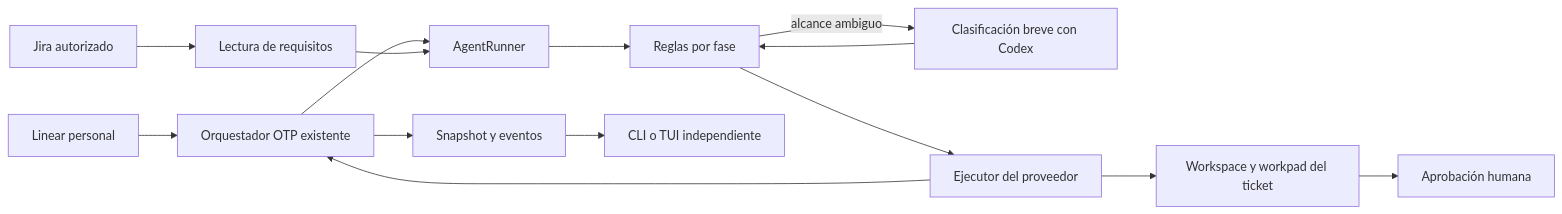
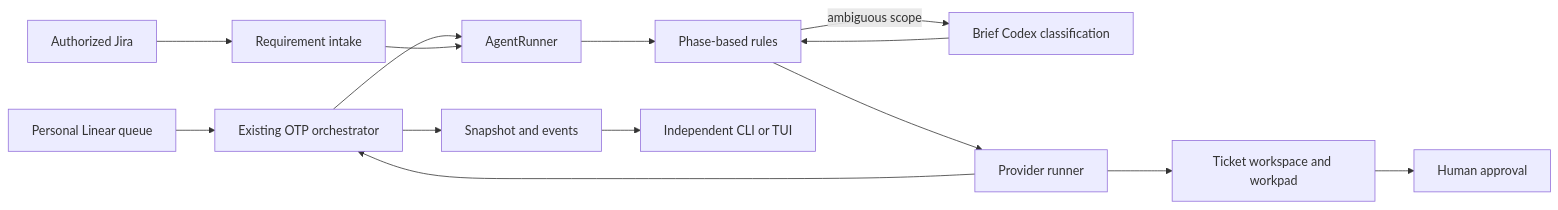
The diagram in docs/personal-symphony-design.md (mauricio-pajes/symphony), drawn with Mermaid before and after one commit. The commit also changed other lines of this file and 2 other files, not shown here.

First line of the commit message:
docs: write the personal Symphony design and ADRs in English

````diff
--- a/docs/personal-symphony-design.md
+++ b/docs/personal-symphony-design.md
@@ -57,16 +57,16 @@
 ```mermaid
 flowchart LR
-  L[Linear personal] --> O[Orquestador OTP existente]
+  L[Personal Linear queue] --> O[Existing OTP orchestrator]
   O --> R[AgentRunner]
-  J[Jira autorizado] --> I[Lectura de requisitos]
+  J[Authorized Jira] --> I[Requirement intake]
   I --> R
-  R --> A[Reglas por fase]
-  A -->|alcance ambiguo| C[Clasificación breve con Codex]
+  R --> A[Phase-based rules]
+  A -->|ambiguous scope| C[Brief Codex classification]
   C --> A
-  A --> P[Ejecutor del proveedor]
-  P --> W[Workspace y workpad del ticket]
+  A --> P[Provider runner]
+  P --> W[Ticket workspace and workpad]
   P --> O
-  O --> S[Snapshot y eventos]
-  S --> T[CLI o TUI independiente]
-  W --> H[Aprobación humana]
+  O --> S[Snapshot and events]
+  S --> T[Independent CLI or TUI]
+  W --> H[Human approval]
 ```
````
